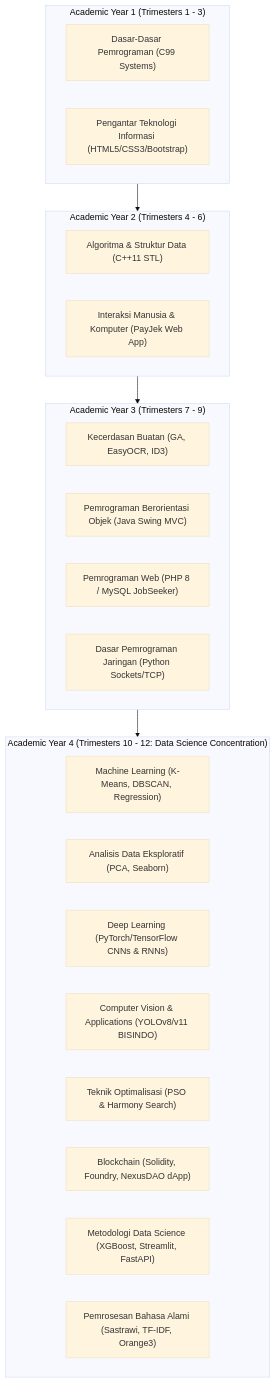
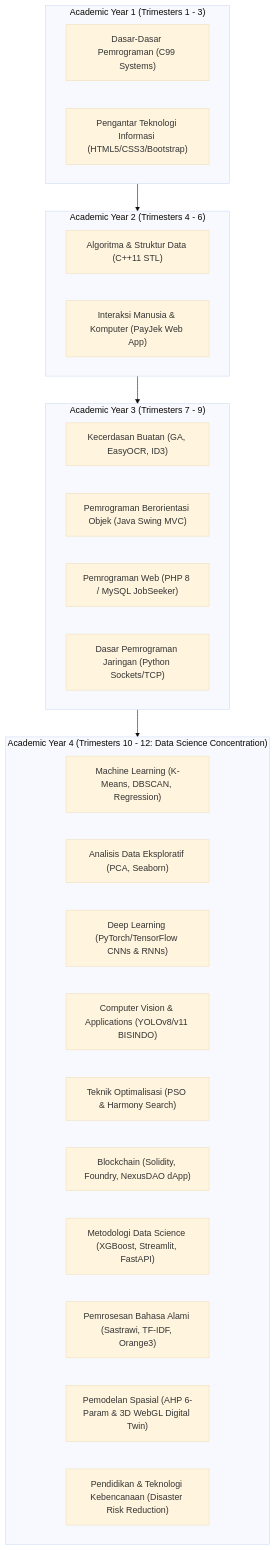
The diagram in README.md (MarchellProGit/ChellAcademicHistory), drawn with Mermaid (base theme) before and after one commit. The commit also changed other lines of this file and 71 other files, not shown here.

Commit message:
feat(semester-10): organize Pemodelan Spasial course assets, AHP 6-param model, journal docs & 3D digital twin

````diff
--- a/README.md
+++ b/README.md
@@ -40,32 +40,34 @@
 ```mermaid
 flowchart TD
  subgraph Year1["Academic Year 1 (Trimesters 1 - 3)"]
  DDP["Dasar-Dasar Pemrograman (C99 Systems)"]
  PTI["Pengantar Teknologi Informasi (HTML5/CSS3/Bootstrap)"]
  end
 
  subgraph Year2["Academic Year 2 (Trimesters 4 - 6)"]
  ASD["Algoritma & Struktur Data (C++11 STL)"]
  IMK["Interaksi Manusia & Komputer (PayJek Web App)"]
  end
 
  subgraph Year3["Academic Year 3 (Trimesters 7 - 9)"]
  AI["Kecerdasan Buatan (GA, EasyOCR, ID3)"]
  PBO["Pemrograman Berorientasi Objek (Java Swing MVC)"]
  PW["Pemrograman Web (PHP 8 / MySQL JobSeeker)"]
  DPJ["Dasar Pemrograman Jaringan (Python Sockets/TCP)"]
  end
 
  subgraph Year4["Academic Year 4 (Trimesters 10 - 12: Data Science Concentration)"]
  ML["Machine Learning (K-Means, DBSCAN, Regression)"]
  EDA["Analisis Data Eksploratif (PCA, Seaborn)"]
  DL["Deep Learning (PyTorch/TensorFlow CNNs & RNNs)"]
  CVA["Computer Vision & Applications (YOLOv8/v11 BISINDO)"]
  TO["Teknik Optimalisasi (PSO & Harmony Search)"]
  BC["Blockchain (Solidity, Foundry, NexusDAO dApp)"]
  MDS["Metodologi Data Science (XGBoost, Streamlit, FastAPI)"]
  NLP["Pemrosesan Bahasa Alami (Sastrawi, TF-IDF, Orange3)"]
+ PS["Pemodelan Spasial (AHP 6-Param & 3D WebGL Digital Twin)"]
+ PTK["Pendidikan & Teknologi Kebencanaan (Disaster Risk Reduction)"]
  end
 
  Year1 --> Year2 --> Year3 --> Year4
 ```
````
